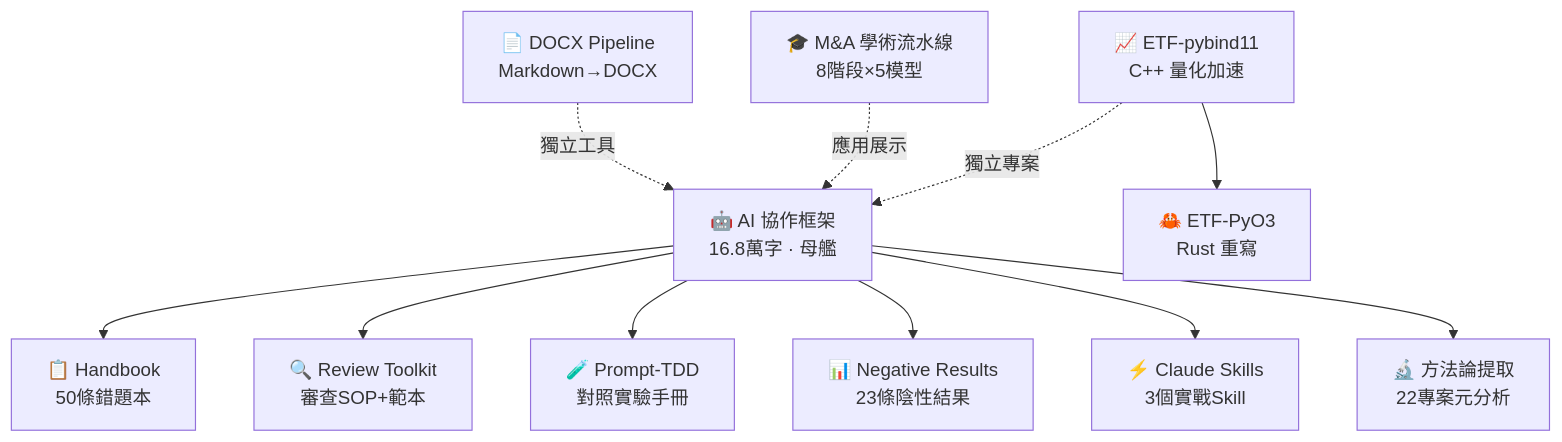
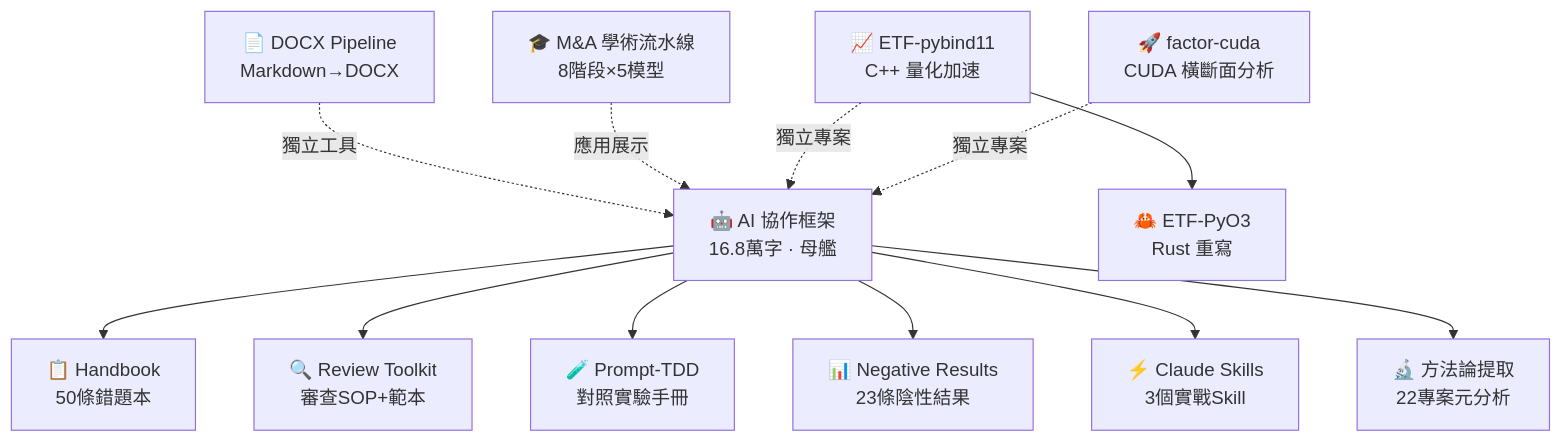
One commit to redamancy231-create/redamancy231-create changed the diagram in README.zh-Hant.md. Above: the diagram before and after it, drawn with Mermaid. The commit also changed 2 other files, not shown here.

Commit message:
docs: mermaid 图加 factor-cuda 节点（三语量化工程独立项目）

````diff
--- a/README.zh-Hant.md
+++ b/README.zh-Hant.md
@@ -49,14 +49,15 @@
 ```mermaid
 graph TB
     F["🤖 AI 協作框架<br/>16.8萬字 · 母艦"]
     F --> H["📋 Handbook<br/>50條錯題本"]
     F --> R["🔍 Review Toolkit<br/>審查SOP+範本"]
     F --> P["🧪 Prompt-TDD<br/>對照實驗手冊"]
     F --> N["📊 Negative Results<br/>23條陰性結果"]
     F --> S["⚡ Claude Skills<br/>3個實戰Skill"]
     F --> M["🔬 方法論提取<br/>22專案元分析"]
     D["📄 DOCX Pipeline<br/>Markdown→DOCX"] -.->|獨立工具| F
     A["🎓 M&A 學術流水線<br/>8階段×5模型"] -.->|應用展示| F
     Q["📈 ETF-pybind11<br/>C++ 量化加速"] -.->|獨立專案| F
     Q --> E["🦀 ETF-PyO3<br/>Rust 重寫"]
+    C["🚀 factor-cuda<br/>CUDA 橫斷面分析"] -.->|獨立專案| F
 ```
````
